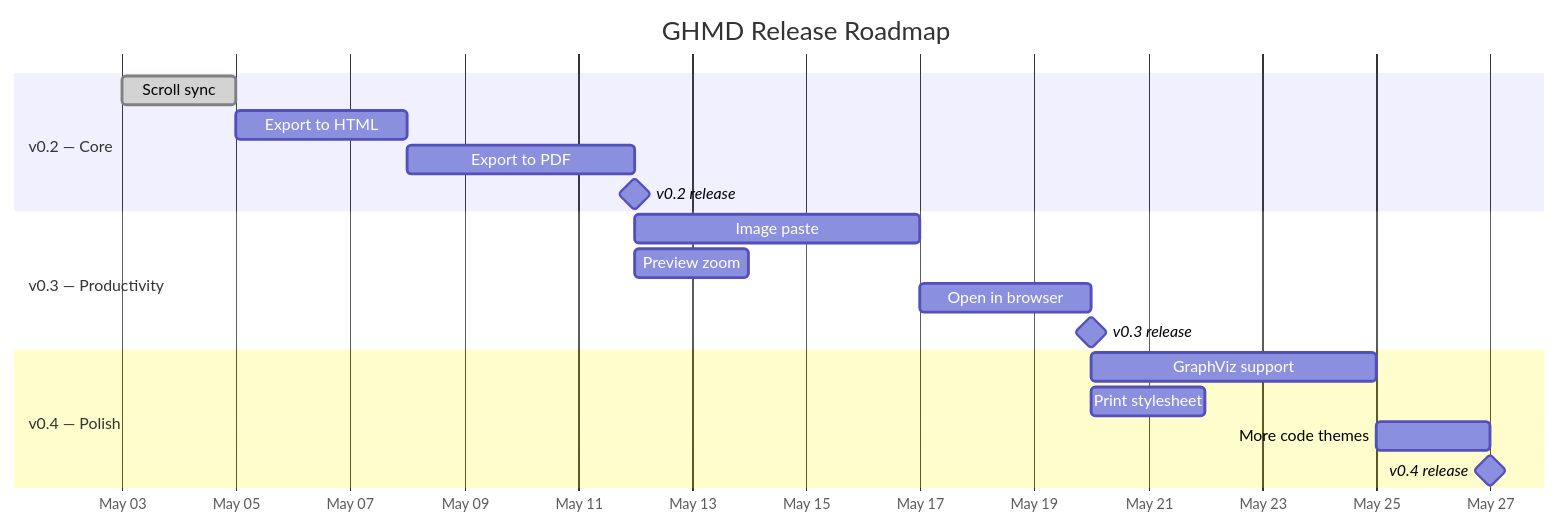
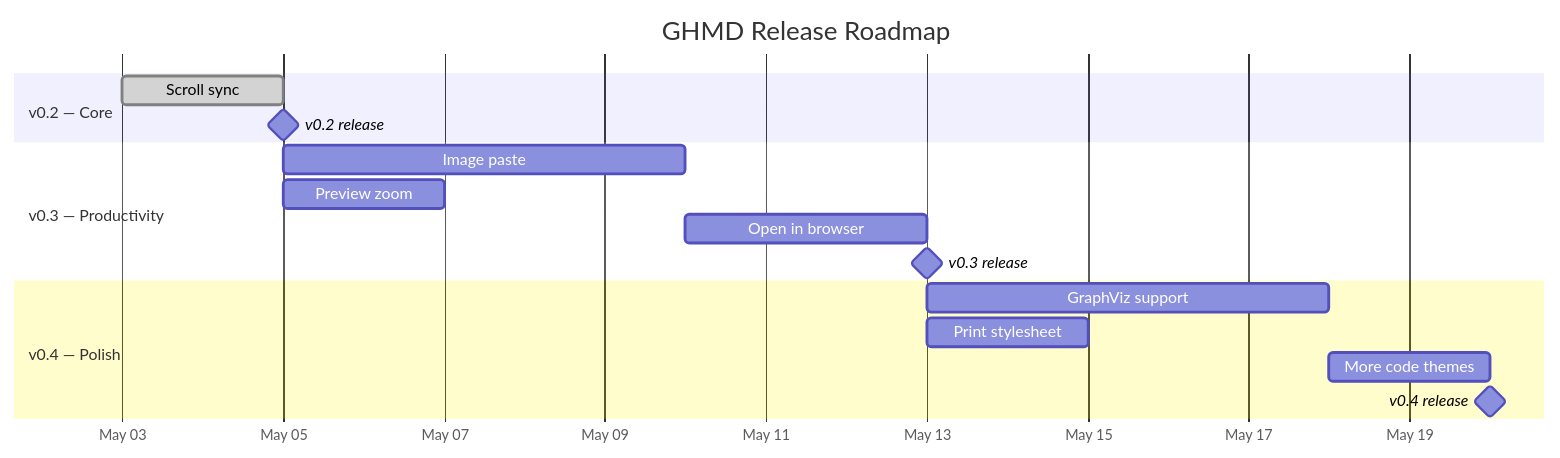
One commit to Ubpa/ghmd changed the second of 2 diagrams in docs/todo.md. Above: the diagram before and after it, drawn with Mermaid. The commit also changed other lines of this file, not shown here.

Commit message:
docs: remove export features from roadmap, move to won't-do

````diff
--- a/docs/todo.md
+++ b/docs/todo.md
@@ -161,24 +139,22 @@
 ```mermaid
 gantt
     title GHMD Release Roadmap
     dateFormat YYYY-MM-DD
     axisFormat %b %d
 
     section v0.2 — Core
     Scroll sync           :done, a1, 2026-05-03, 2d
-    Export to HTML         :a2, 2026-05-05, 3d
-    Export to PDF          :a3, after a2, 4d
-    v0.2 release           :milestone, after a3, 0d
+    v0.2 release           :milestone, after a1, 0d
 
     section v0.3 — Productivity
-    Image paste           :b1, after a3, 5d
-    Preview zoom          :b2, after a3, 2d
+    Image paste           :b1, 2026-05-05, 5d
+    Preview zoom          :b2, 2026-05-05, 2d
     Open in browser       :b3, after b1, 3d
     v0.3 release           :milestone, after b3, 0d
 
     section v0.4 — Polish
     GraphViz support      :c1, after b3, 5d
     Print stylesheet      :c2, after b3, 2d
     More code themes      :c3, after c1, 2d
     v0.4 release           :milestone, after c3, 0d
 ```
````
